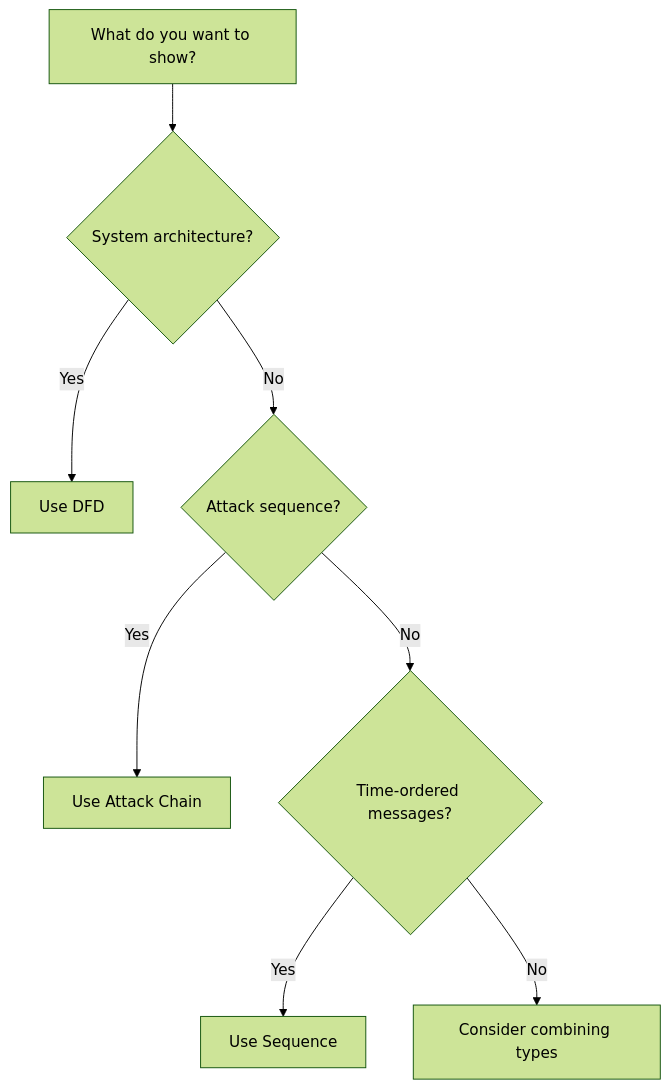
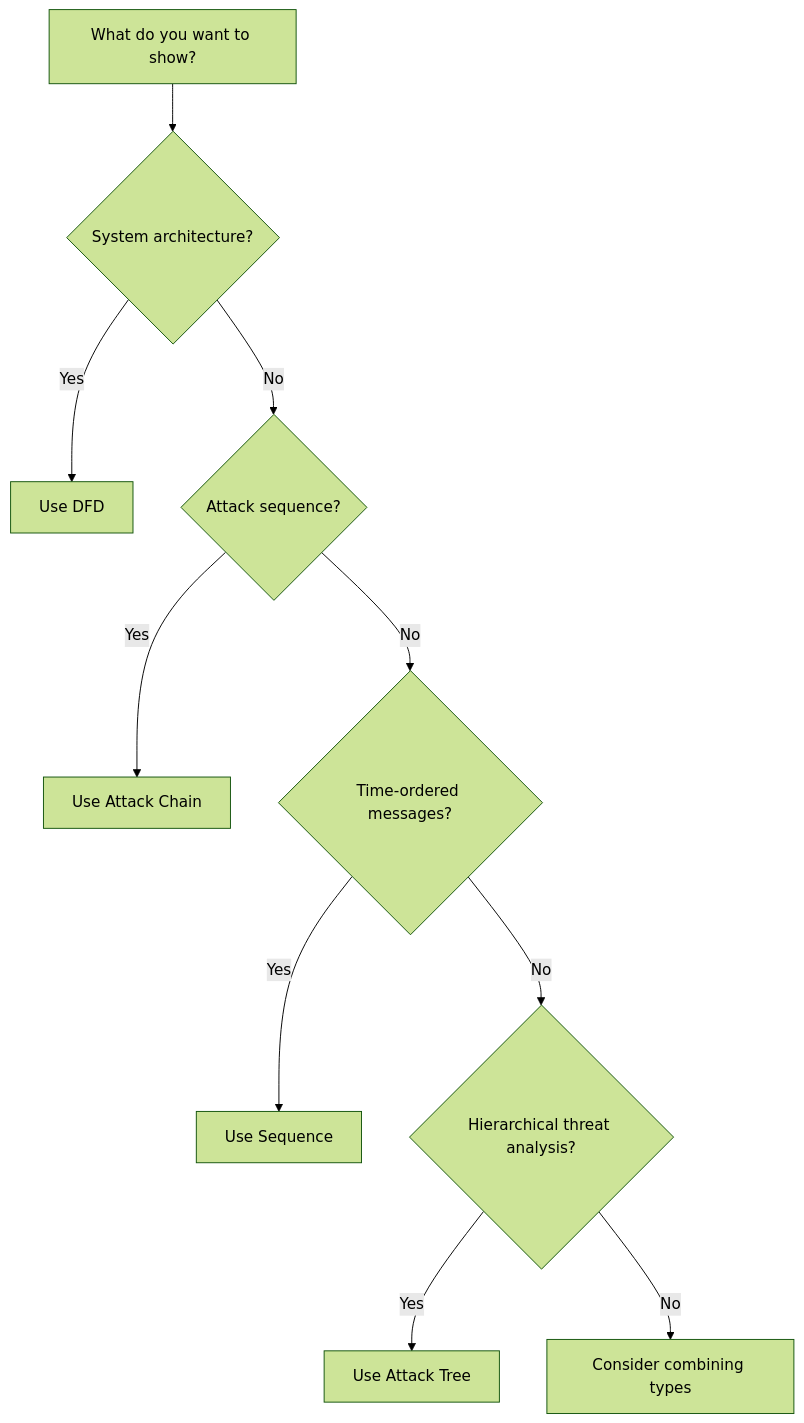
One commit to grokify/threat-model-spec changed the diagram in docs/concepts/diagram-types.md. Above: the diagram before and after it, drawn with Mermaid (forest theme). The commit also changed other lines of this file and 3 other files, not shown here.

````diff
--- a/docs/concepts/diagram-types.md
+++ b/docs/concepts/diagram-types.md
@@ -171,10 +236,12 @@
 ```mermaid
 graph TD
     A[What do you want to show?] --> B{System architecture?}
     B -->|Yes| C[Use DFD]
     B -->|No| D{Attack sequence?}
     D -->|Yes| E[Use Attack Chain]
     D -->|No| F{Time-ordered messages?}
     F -->|Yes| G[Use Sequence]
-    F -->|No| H[Consider combining types]
+    F -->|No| H{Hierarchical threat analysis?}
+    H -->|Yes| I[Use Attack Tree]
+    H -->|No| J[Consider combining types]
 ```
````
